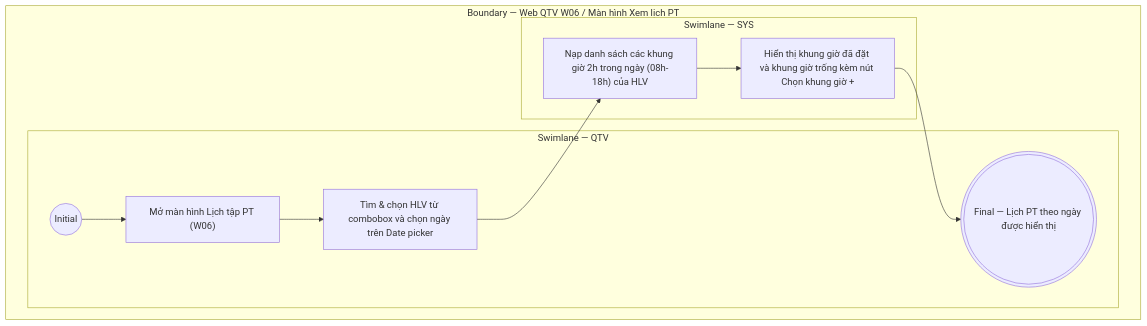
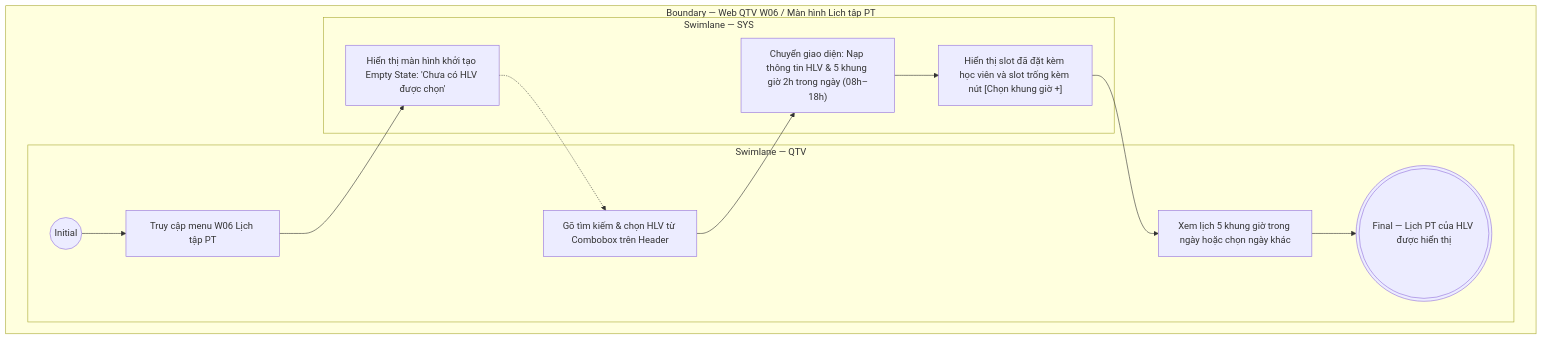
Before and after one commit to ThachY-23120411/Paradise-Gym-v2: the diagram in docs/user-stories/qtv/QTV-W06-Lịch tập & buổi PT/QTV-W06-US01-Xem lịch PT.md, drawn with Mermaid. The commit also changed other lines of this file and 97 other files, not shown here.

````diff
--- a/docs/user-stories/qtv/QTV-W06-Lịch tập & buổi PT/QTV-W06-US01-Xem lịch PT.md
+++ b/docs/user-stories/qtv/QTV-W06-Lịch tập & buổi PT/QTV-W06-US01-Xem lịch PT.md
@@ -34,17 +57,22 @@
 ```mermaid
 flowchart TB
-  subgraph B["Boundary — Web QTV W06 / Màn hình Xem lịch PT"]
+  subgraph B["Boundary — Web QTV W06 / Màn hình Lịch tập PT"]
     subgraph L0["Swimlane — QTV"]
       I01(("Initial"))
-      A01["Mở màn hình Lịch tập PT (W06)"]
-      A02["Tìm & chọn HLV từ combobox và chọn ngày trên Date picker"]
-      F01((("Final — Lịch PT theo ngày được hiển thị")))
-      I01 --> A01 --> A02
+      A01["Truy cập menu W06 Lịch tập PT"]
+      A02["Gõ tìm kiếm & chọn HLV từ Combobox trên Header"]
+      A03["Xem lịch 5 khung giờ trong ngày hoặc chọn ngày khác"]
+      F01((("Final — Lịch PT của HLV được hiển thị")))
+      I01 --> A01
+      A03 --> F01
     end
     subgraph L1["Swimlane — SYS"]
-      S01["Nạp danh sách các khung giờ 2h trong ngày (08h-18h) của HLV"]
-      S02["Hiển thị khung giờ đã đặt và khung giờ trống kèm nút Chọn khung giờ +"]
-      A02 --> S01 --> S02 --> F01
+      S01["Hiển thị màn hình khởi tạo Empty State: 'Chưa có HLV được chọn'"]
+      S02["Chuyển giao diện: Nạp thông tin HLV & 5 khung giờ 2h trong ngày (08h–18h)"]
+      S03["Hiển thị slot đã đặt kèm học viên và slot trống kèm nút [Chọn khung giờ +]"]
+      A01 --> S01
+      S01 -.-> A02
+      A02 --> S02 --> S03 --> A03
     end
   end
 ```
````
